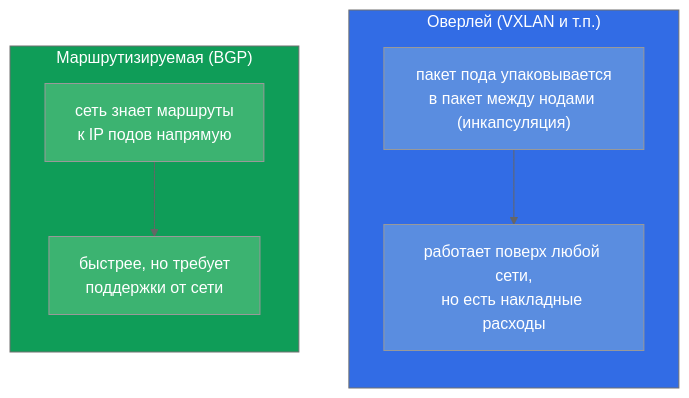
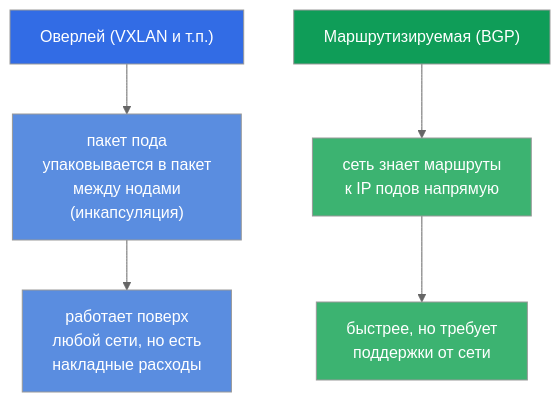
Before and after one commit to ViktorUJ/cks: the fourth of 7 diagrams in tasks/cka/course/30/ru.md, drawn with Mermaid (neutral theme). The commit also changed other lines of this file and 30 other files, not shown here.

````diff
--- a/tasks/cka/course/30/ru.md
+++ b/tasks/cka/course/30/ru.md
@@ -83,17 +92,11 @@
 ```mermaid
 flowchart TB
-    subgraph Overlay["Оверлей (VXLAN и т.п.)"]
-        direction TB
-        o1["пакет пода упаковывается<br>в пакет между нодами (инкапсуляция)"] --> o2["работает поверх любой сети,<br>но есть накладные расходы"]
-    end
-    subgraph Routed["Маршрутизируемая (BGP)"]
-        direction TB
-        r1["сеть знает маршруты<br>к IP подов напрямую"] --> r2["быстрее, но требует<br>поддержки от сети"]
-    end
-    style Overlay fill:#326ce5,color:#fff
-    style Routed fill:#0f9d58,color:#fff
+    ov0["Оверлей (VXLAN и т.п.)"] --> o1["пакет пода<br>упаковывается в пакет<br>между нодами<br>(инкапсуляция)"] --> o2["работает поверх<br>любой сети, но есть<br>накладные расходы"]
+    rt0["Маршрутизируемая (BGP)"] --> r1["сеть знает маршруты<br>к IP подов напрямую"] --> r2["быстрее, но требует<br>поддержки от сети"]
+    style ov0 fill:#326ce5,color:#fff
+    style rt0 fill:#0f9d58,color:#fff
     style o1 fill:#5a8de0,color:#fff
     style o2 fill:#5a8de0,color:#fff
     style r1 fill:#3cb371,color:#fff
     style r2 fill:#3cb371,color:#fff
 ```
````
